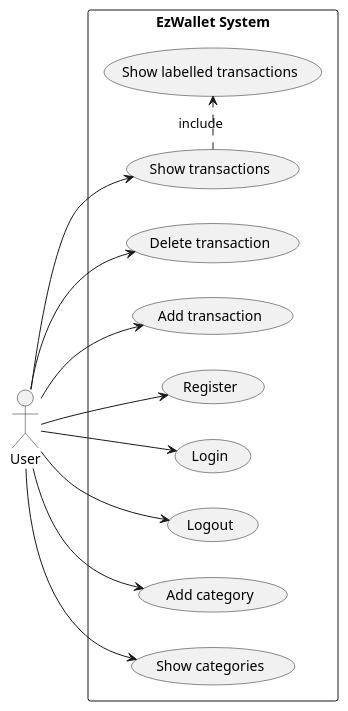
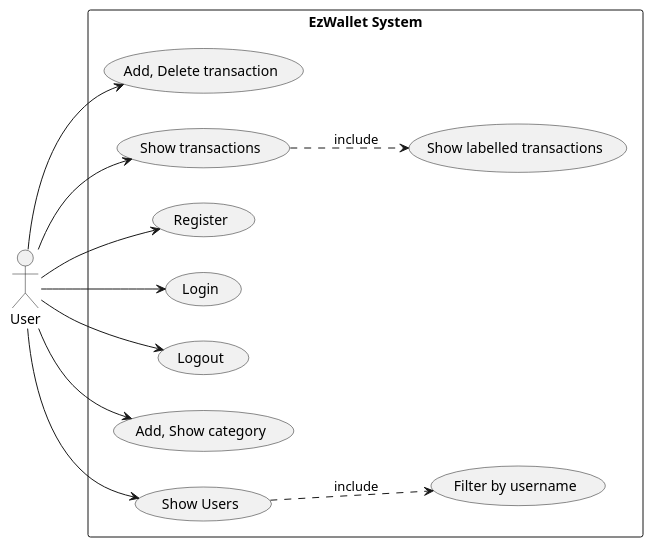
One commit to lara-m2000/ezwallet changed the second of 5 diagrams in RequirementsDocumentV1.md. Above: the diagram before and after it, drawn with PlantUML. The commit also changed other lines of this file, not shown here.

Commit message:
docs: add show users in uc diagram

````diff
--- a/RequirementsDocumentV1.md
+++ b/RequirementsDocumentV1.md
@@ -164,37 +169,38 @@
 ```plantuml
 @startuml
 left to right direction
 
 actor User
 
 rectangle "EzWallet System" as System {
-	usecase "Delete transaction" as DelTransaction
+	usecase "Add, Delete transaction" as ADTransaction
 	usecase "Show transactions" as ShowTransactions
-	usecase "Add transaction" as AddTransaction
 
 	usecase Register
 	usecase Login
 	usecase Logout
 	usecase "Show labelled transactions" as Labelled
 
-	usecase "Add category" as AddCategory
-	usecase "Show categories" as ShowCategories
+	usecase "Add, Show category" as Category
+
+	usecase "Show Users" as SUsers
+	usecase "Filter by username" as FilterUser
 }
 
-User --> DelTransaction
 User --> ShowTransactions
-User --> AddTransaction
-ShowTransactions .> Labelled : include
+User --> ADTransaction
+ShowTransactions ..> Labelled : include
 
-User --> AddCategory
-User --> ShowCategories
+User --> Category
 
 User --> Register
 User --> Login
 User --> Logout
 
 
+User --> SUsers
+SUsers ..> FilterUser : include
 
 
 @enduml
 ```
````
